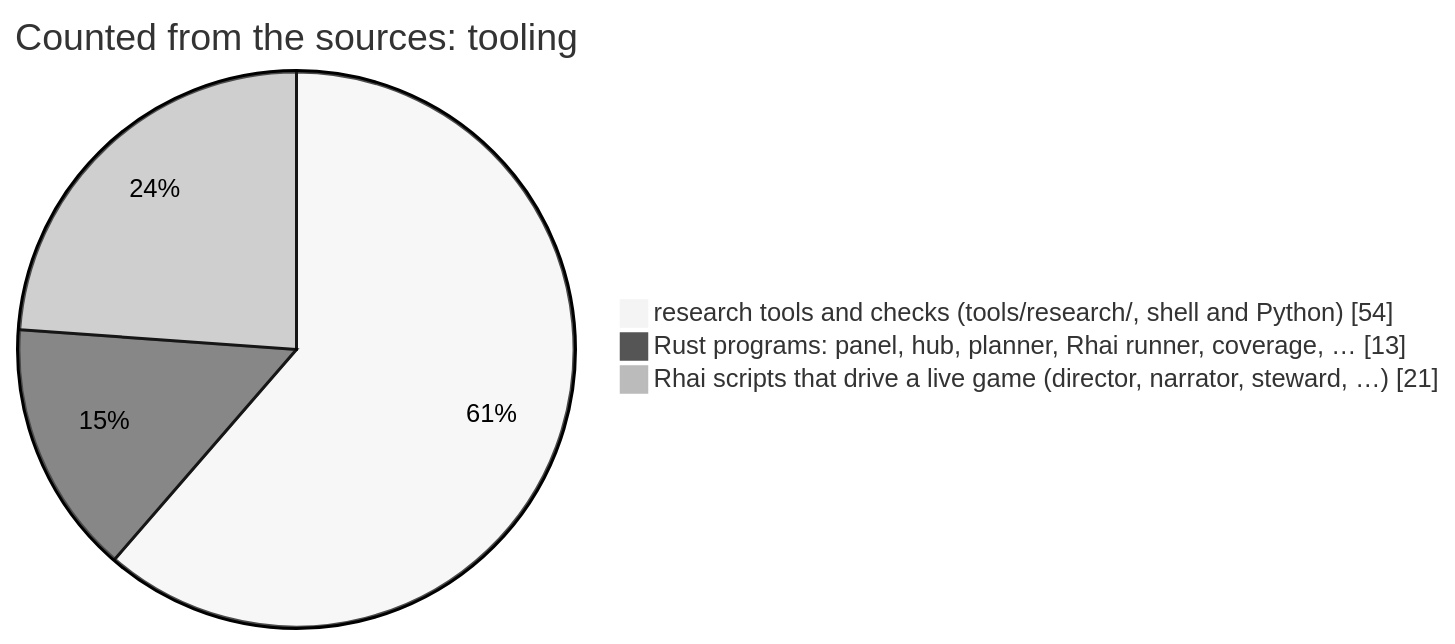
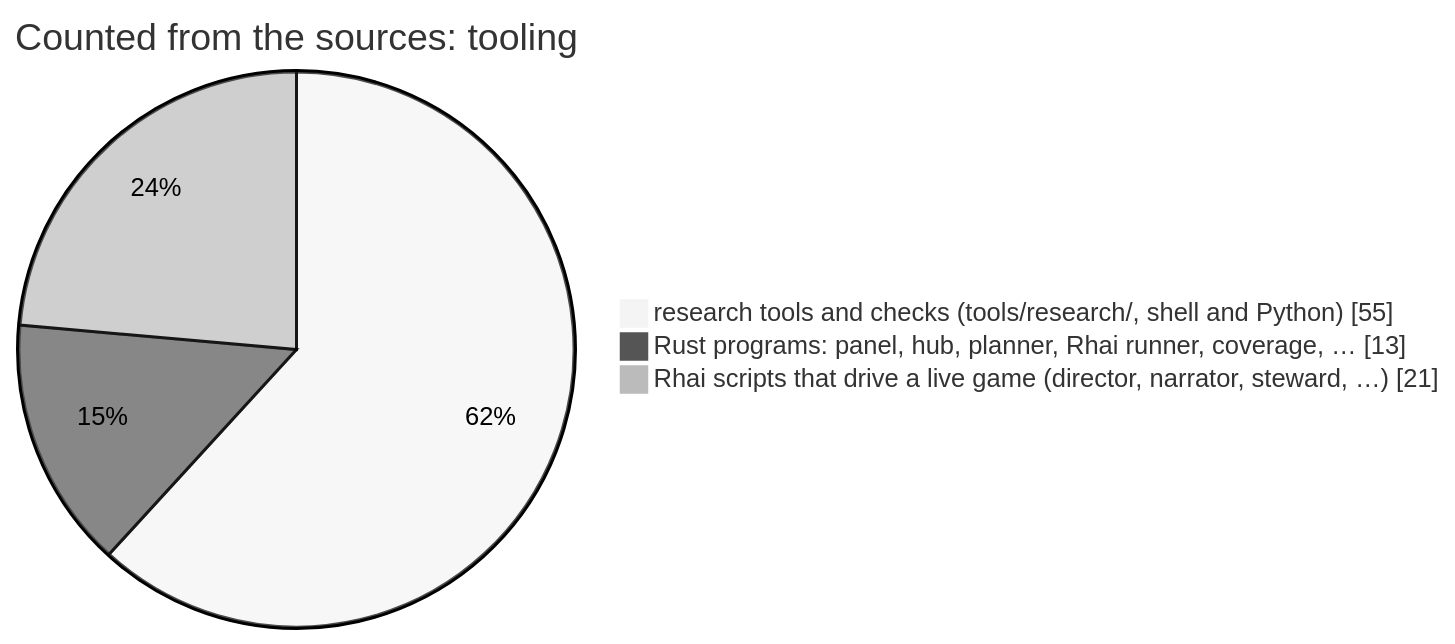
Before and after one commit to korczis/OpenTTD: the seventh of 12 diagrams in README.md, drawn with Mermaid (neutral theme). The commit also changed other lines of this file and 18 other files, not shown here.

````diff
--- a/README.md
+++ b/README.md
@@ -802,6 +802,6 @@
 ```mermaid
 pie showData title Counted from the sources: tooling
-    "research tools and checks (tools/research/, shell and Python)" : 54
+    "research tools and checks (tools/research/, shell and Python)" : 55
     "Rust programs: panel, hub, planner, Rhai runner, coverage, …" : 13
     "Rhai scripts that drive a live game (director, narrator, steward, …)" : 21
 ```
````
